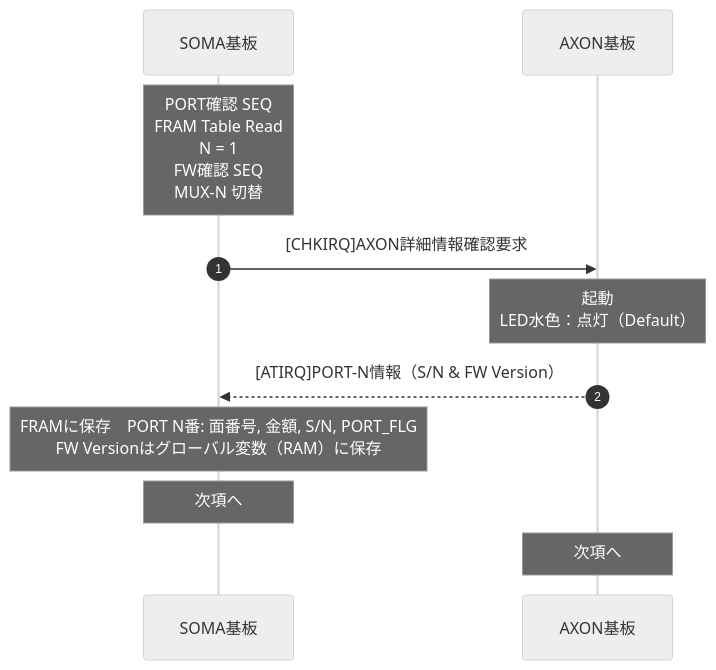
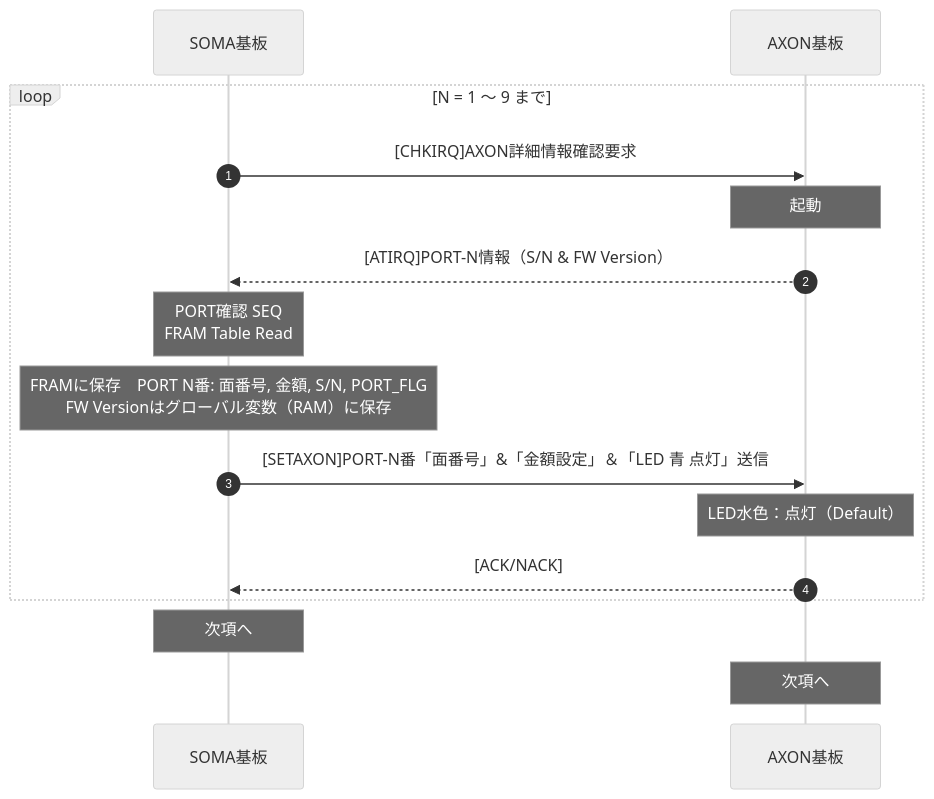
One commit to tep-hidetoshi-tsuchiya/axon_board changed the first of 13 diagrams in docs/仕様書/SOMA-TG仕様書_ver1.0.md. Above: the diagram before and after it, drawn with Mermaid (neutral theme). The commit also changed other lines of this file and 46 other files, not shown here.

````diff
--- a/docs/仕様書/SOMA-TG仕様書_ver1.0.md
+++ b/docs/仕様書/SOMA-TG仕様書_ver1.0.md
@@ -2028,20 +2029,27 @@
 ```mermaid
 sequenceDiagram
     autonumber
 
     participant SOMA as SOMA基板
     participant AXON as AXON基板
 
-    Note over SOMA: PORT確認 SEQ<br/>FRAM Table Read<br/>N = 1<br/>FW確認 SEQ<br/>MUX-N 切替
+    loop N = 1 ～ 9 まで
 
-    SOMA->>AXON: [CHKIRQ]AXON詳細情報確認要求
-    Note over AXON: 起動<br/>LED水色：点灯（Default）
 
-    AXON-->>SOMA: [ATIRQ]PORT-N情報（S/N & FW Version）
+        SOMA->>AXON: [CHKIRQ]AXON詳細情報確認要求
+        Note over AXON: 起動
 
-    Note over SOMA: FRAMに保存　PORT N番: 面番号, 金額, S/N, PORT_FLG<br>FW Versionはグローバル変数（RAM）に保存
+        AXON-->>SOMA: [ATIRQ]PORT-N情報（S/N & FW Version）
+
+        Note over SOMA: PORT確認 SEQ<br/>FRAM Table Read
+        Note over SOMA: FRAMに保存　PORT N番: 面番号, 金額, S/N, PORT_FLG<br>FW Versionはグローバル変数（RAM）に保存
+        SOMA->>AXON: [SETAXON]PORT-N番「面番号」&「金額設定」＆「LED 青 点灯」送信
+        Note over AXON: LED水色：点灯（Default）
+
+        AXON-->>SOMA: [ACK/NACK]
+    end
 
     Note over SOMA: 次項へ
     Note over AXON: 次項へ
 
 ```
````
